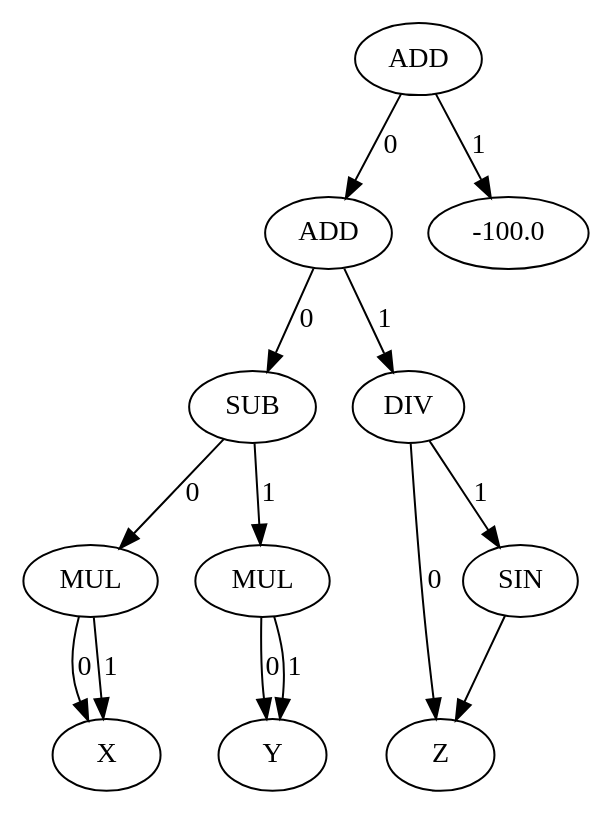
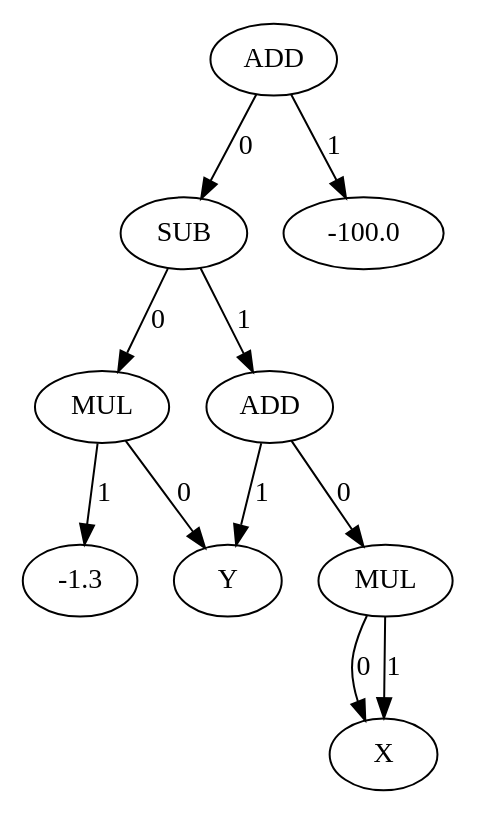
Before and after one commit to MathisBD/futhark-f-rep: the diagram in csg.dot, drawn with Graphviz. The commit also changed 3 other files, not shown here.

```diff
--- a/csg.dot
+++ b/csg.dot
@@ -1,26 +1,21 @@
-digraph "CSG-DAG with 11 nodes" {
-	1 [label=X]
-	2 [label=MUL]
-	2 -> 1 [label=0]
-	2 -> 1 [label=1]
-	3 [label=Y]
-	4 [label=MUL]
-	4 -> 3 [label=0]
-	4 -> 3 [label=1]
-	5 [label=SUB]
-	5 -> 2 [label=0]
+digraph "CSG-DAG with 9 nodes" {
+	1 [label=Y]
+	2 [label=-1.3]
+	3 [label=MUL]
+	3 -> 1 [label=0]
+	3 -> 2 [label=1]
+	4 [label=X]
+	5 [label=MUL]
+	5 -> 4 [label=0]
 	5 -> 4 [label=1]
-	6 [label=Z]
-	7 [label=SIN]
-	7 -> 6
-	8 [label=DIV]
-	8 -> 6 [label=0]
-	8 -> 7 [label=1]
+	6 [label=ADD]
+	6 -> 5 [label=0]
+	6 -> 1 [label=1]
+	7 [label=SUB]
+	7 -> 3 [label=0]
+	7 -> 6 [label=1]
+	8 [label=-100.0]
 	9 [label=ADD]
-	9 -> 5 [label=0]
+	9 -> 7 [label=0]
 	9 -> 8 [label=1]
-	10 [label=-100.0]
-	11 [label=ADD]
-	11 -> 9 [label=0]
-	11 -> 10 [label=1]
 }
```
